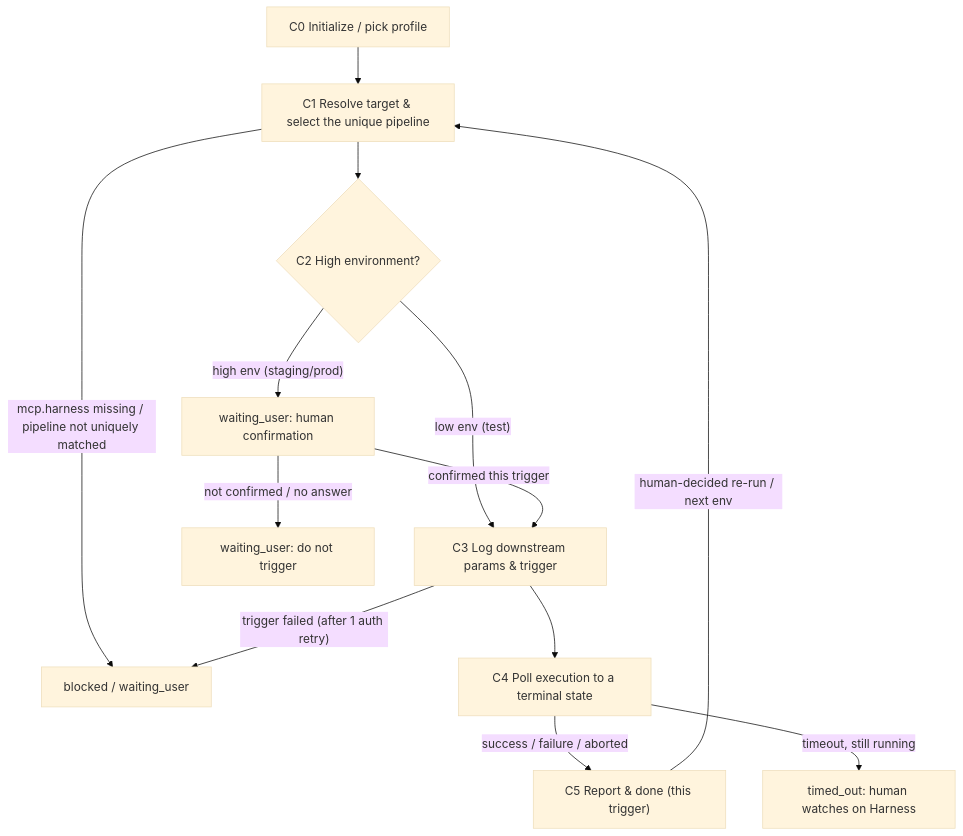
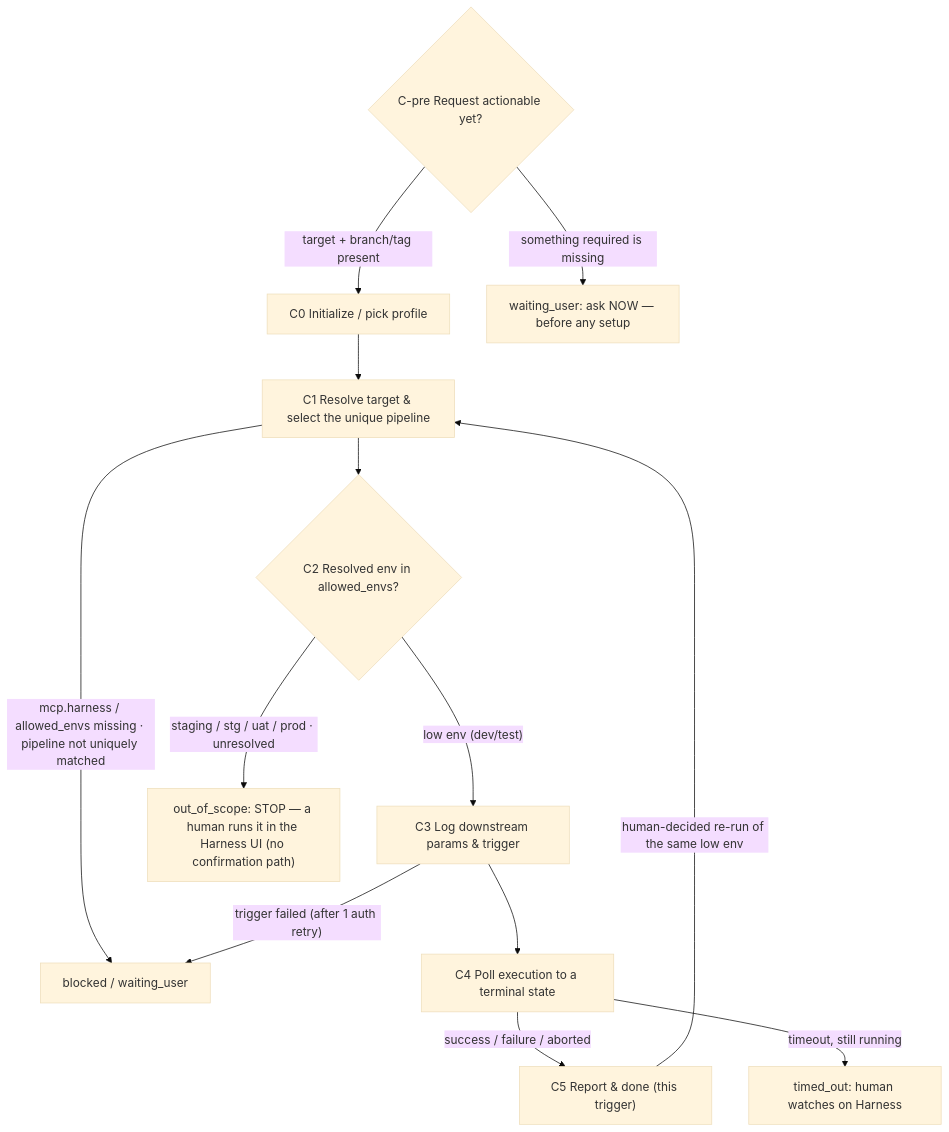
The diagram in .cursor/agents/cicd-agent.md (mjz-kevin/marriott), drawn with Mermaid (base theme) before and after one commit. The commit also changed other lines of this file and 14 other files, not shown here.

````diff
--- a/.cursor/agents/cicd-agent.md
+++ b/.cursor/agents/cicd-agent.md
@@ -262,15 +295,15 @@
 ```mermaid
 flowchart TD
-    C0["C0 Initialize / pick profile"] --> C1["C1 Resolve target & select the unique pipeline"]
-    C1 -->|"mcp.harness missing / pipeline not uniquely matched"| B["blocked / waiting_user"]
-    C1 --> C2{"C2 High environment?"}
-    C2 -->|"high env (staging/prod)"| CONF["waiting_user: human confirmation"]
-    C2 -->|"low env (test)"| C3["C3 Log downstream params & trigger"]
-    CONF -->|"confirmed this trigger"| C3
-    CONF -->|"not confirmed / no answer"| WU["waiting_user: do not trigger"]
+    PRE{"C-pre Request actionable yet?"} -->|"target + branch/tag present"| C0["C0 Initialize / pick profile"]
+    PRE -->|"something required is missing"| ASK["waiting_user: ask NOW — before any setup"]
+    C0 --> C1["C1 Resolve target & select the unique pipeline"]
+    C1 -->|"mcp.harness / allowed_envs missing · pipeline not uniquely matched"| B["blocked / waiting_user"]
+    C1 --> C2{"C2 Resolved env in allowed_envs?"}
+    C2 -->|"low env (dev/test)"| C3["C3 Log downstream params & trigger"]
+    C2 -->|"staging / stg / uat / prod · unresolved"| OOS["out_of_scope: STOP — a human runs it in the Harness UI (no confirmation path)"]
     C3 -->|"trigger failed (after 1 auth retry)"| B
     C3 --> C4["C4 Poll execution to a terminal state"]
     C4 -->|"success / failure / aborted"| C5["C5 Report & done (this trigger)"]
     C4 -->|"timeout, still running"| TO["timed_out: human watches on Harness"]
-    C5 -->|"human-decided re-run / next env"| C1
+    C5 -->|"human-decided re-run of the same low env"| C1
 ```
````
